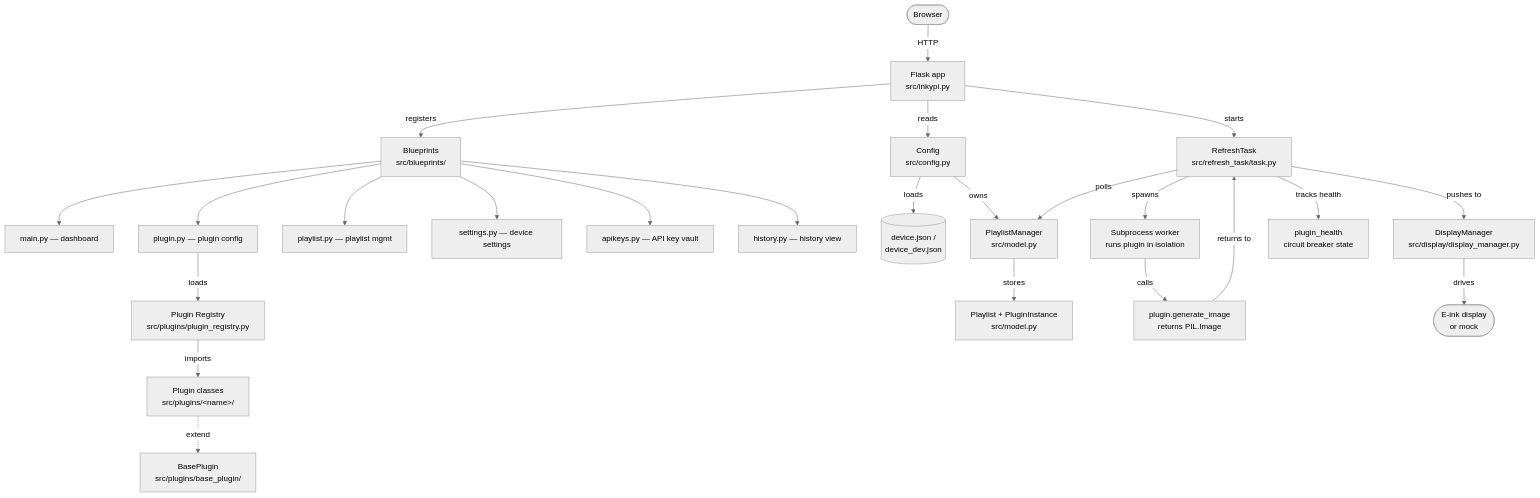
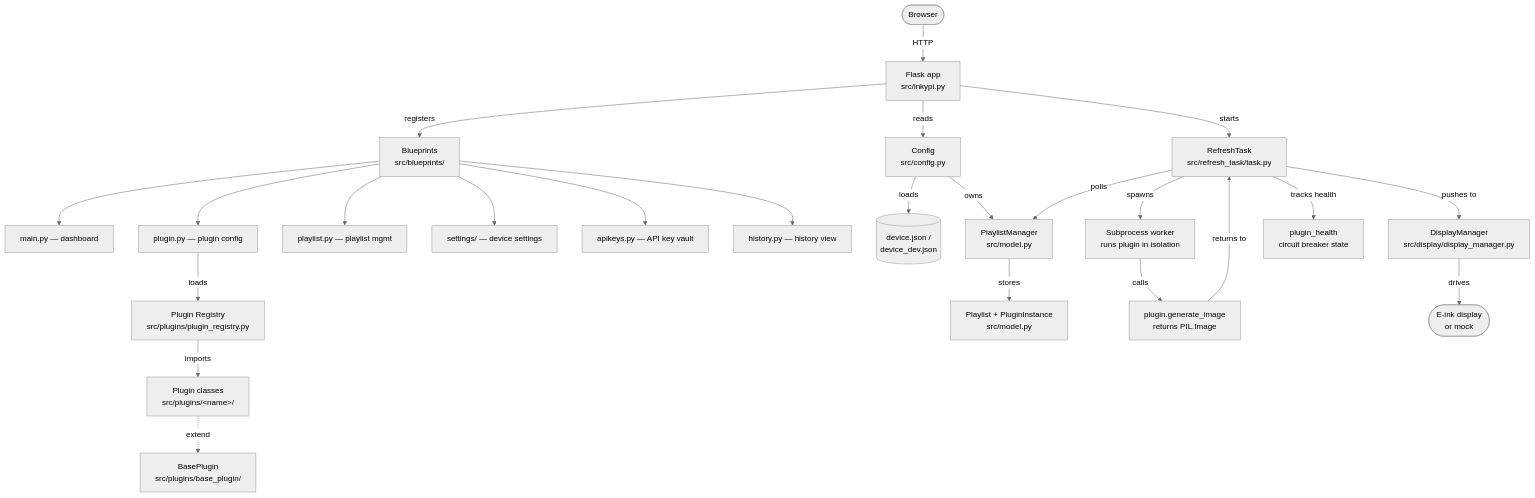
The diagram in docs/architecture.md (jtn0123/InkyPi), drawn with Mermaid (neutral theme) before and after one commit. The commit also changed other lines of this file and 3 other files, not shown here.

````diff
--- a/docs/architecture.md
+++ b/docs/architecture.md
@@ -15,33 +15,33 @@
 ```mermaid
 flowchart TD
     Browser([Browser]) -->|HTTP| Flask
     Flask[Flask app<br/>src/inkypi.py]
     Flask -->|registers| BP[Blueprints<br/>src/blueprints/]
 
     BP --> MainBP[main.py — dashboard]
     BP --> PluginBP[plugin.py — plugin config]
     BP --> PlaylistBP[playlist.py — playlist mgmt]
-    BP --> SettingsBP[settings.py — device settings]
+    BP --> SettingsBP[settings/ — device settings]
     BP --> APIKeysBP[apikeys.py — API key vault]
     BP --> HistoryBP[history.py — history view]
 
     PluginBP -->|loads| Registry[Plugin Registry<br/>src/plugins/plugin_registry.py]
     Registry -->|imports| Plugins[Plugin classes<br/>src/plugins/&lt;name&gt;/]
     Plugins -.->|extend| BasePlugin[BasePlugin<br/>src/plugins/base_plugin/]
 
     Flask -->|reads| Config[Config<br/>src/config.py]
     Config -->|loads| DeviceJSON[(device.json /<br/>device_dev.json)]
 
     Config -->|owns| PlaylistMgr[PlaylistManager<br/>src/model.py]
     PlaylistMgr -->|stores| PlaylistData[Playlist + PluginInstance<br/>src/model.py]
 
     Flask -->|starts| RefreshTask[RefreshTask<br/>src/refresh_task/task.py]
     RefreshTask -->|polls| PlaylistMgr
     RefreshTask -->|spawns| Worker[Subprocess worker<br/>runs plugin in isolation]
     Worker -->|calls| PluginGen[plugin.generate_image<br/>returns PIL.Image]
     PluginGen -->|returns to| RefreshTask
     RefreshTask -->|pushes to| DisplayMgr[DisplayManager<br/>src/display/display_manager.py]
     DisplayMgr -->|drives| Display([E-ink display<br/>or mock])
 
     RefreshTask -->|tracks health| Health[plugin_health<br/>circuit breaker state]
 ```
````
